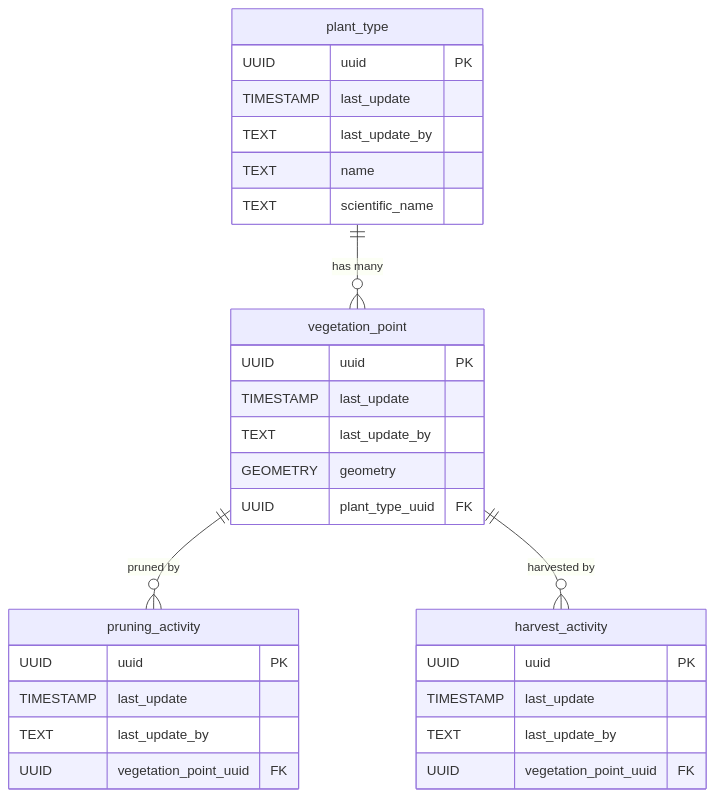
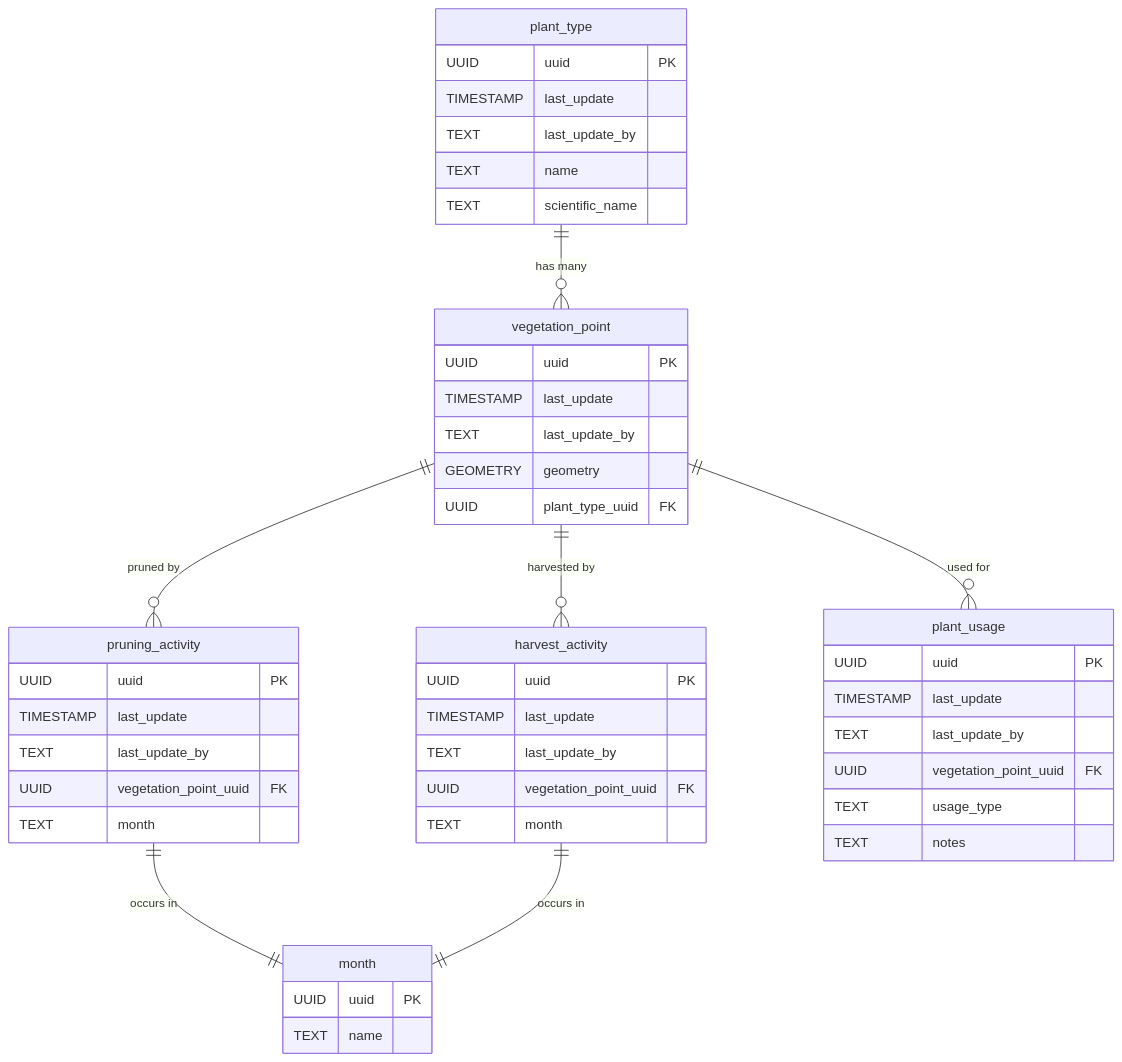
The fourth of 7 diagrams in sql/schema.README.md (kartoza/InfrastructureMapper), drawn with Mermaid before and after one commit. The commit also changed other lines of this file, not shown here.

Commit message:
Schema documentation update

````diff
--- a/sql/schema.README.md
+++ b/sql/schema.README.md
@@ -159,33 +196,50 @@
 ```mermaid
 erDiagram
     plant_type {
         UUID uuid PK
         TIMESTAMP last_update
         TEXT last_update_by
         TEXT name
         TEXT scientific_name
     }
     vegetation_point {
         UUID uuid PK
         TIMESTAMP last_update
         TEXT last_update_by
         GEOMETRY geometry
         UUID plant_type_uuid FK
     }
     pruning_activity {
         UUID uuid PK
         TIMESTAMP last_update
         TEXT last_update_by
         UUID vegetation_point_uuid FK
+        TEXT month
     }
     harvest_activity {
         UUID uuid PK
         TIMESTAMP last_update
         TEXT last_update_by
         UUID vegetation_point_uuid FK
+        TEXT month
+    }
+    plant_usage {
+        UUID uuid PK
+        TIMESTAMP last_update
+        TEXT last_update_by
+        UUID vegetation_point_uuid FK
+        TEXT usage_type
+        TEXT notes
+    }
+    month {
+        UUID uuid PK
+        TEXT name
     }
 
     plant_type ||--o{ vegetation_point : "has many"
     vegetation_point ||--o{ pruning_activity : "pruned by"
     vegetation_point ||--o{ harvest_activity : "harvested by"
+    vegetation_point ||--o{ plant_usage : "used for"
+    pruning_activity ||--|| month : "occurs in"
+    harvest_activity ||--|| month : "occurs in"
 ```
````
